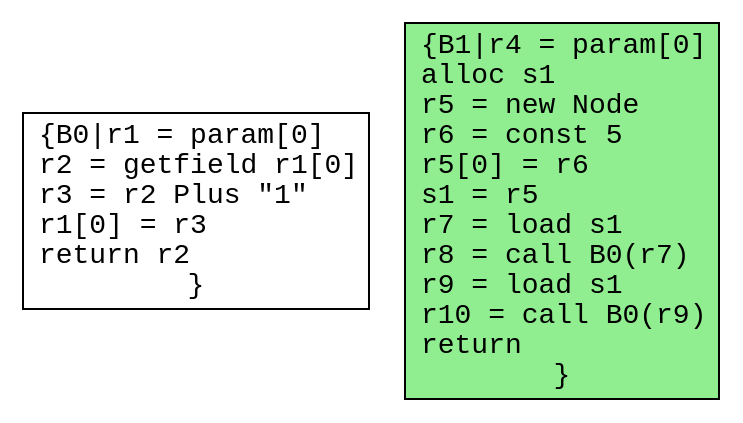
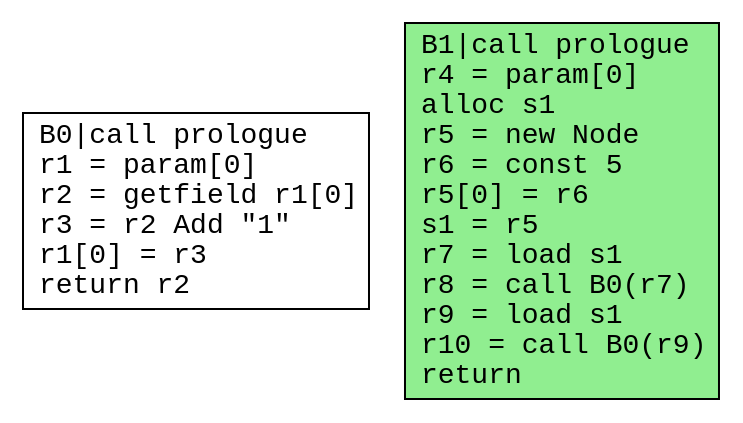
Before and after one commit to safarislava/ProcTranslator: the diagram in output/classes.dot, drawn with Graphviz. The commit also changed 22 other files, not shown here.

```diff
--- a/output/classes.dot
+++ b/output/classes.dot
@@ -1,9 +1,9 @@
 digraph CFG {
   rankdir=TB;
   node [shape=box, fontname="Courier"];
   edge [fontname="Courier"];
 
-  B0 [label="{B0|r1 = param[0]\lr2 = getfield r1[0]\lr3 = r2 Plus \"1\"\lr1[0] = r3\lreturn r2\l}"];
-  B1 [label="{B1|r4 = param[0]\lalloc s1\lr5 = new Node\lr6 = const 5\lr5[0] = r6\ls1 = r5\lr7 = load s1\lr8 = call B0(r7)\lr9 = load s1\lr10 = call B0(r9)\lreturn\l}"];
+  B0 [label="B0|call prologue\lr1 = param[0]\lr2 = getfield r1[0]\lr3 = r2 Add \"1\"\lr1[0] = r3\lreturn r2\l"];
+  B1 [label="B1|call prologue\lr4 = param[0]\lalloc s1\lr5 = new Node\lr6 = const 5\lr5[0] = r6\ls1 = r5\lr7 = load s1\lr8 = call B0(r7)\lr9 = load s1\lr10 = call B0(r9)\lreturn\l"];
   B1 [style=filled, fillcolor=lightgreen];
 }
```
